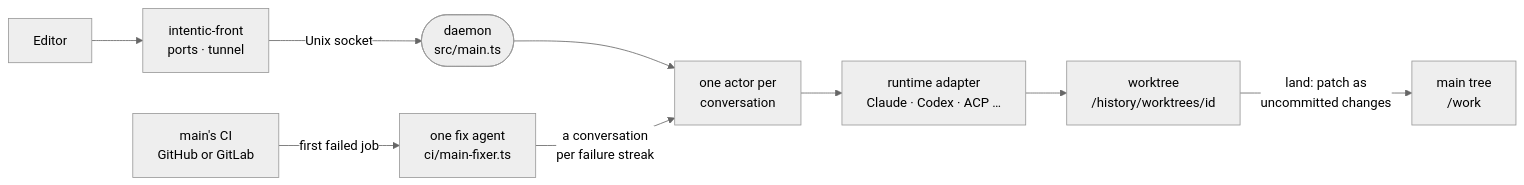
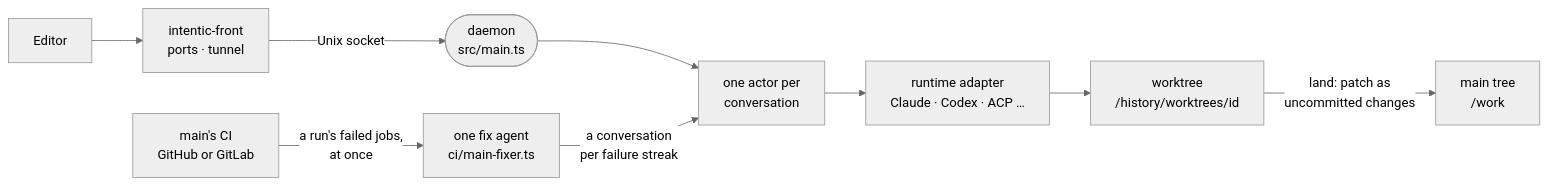
One commit to intentic/intentic changed the diagram in docs/architecture/sandbox.md. Above: the diagram before and after it, drawn with Mermaid (neutral theme). The commit also changed other lines of this file and 66 other files, not shown here.

````diff
--- a/docs/architecture/sandbox.md
+++ b/docs/architecture/sandbox.md
@@ -5,11 +5,11 @@
 ```mermaid
 flowchart LR
     editor["Editor"] --> front["intentic-front<br/>ports · tunnel"]
     front -->|"Unix socket"| daemon(["daemon<br/>src/main.ts"])
     daemon --> actor["one actor per<br/>conversation"]
     actor --> runtime["runtime adapter<br/>Claude · Codex · ACP …"]
     runtime --> wt["worktree<br/>/history/worktrees/id"]
     wt -->|"land: patch as<br/>uncommitted changes"| main["main tree<br/>/work"]
-    ci["main's CI<br/>GitHub or GitLab"] -->|"first failed job"| fixer["one fix agent<br/>ci/main-fixer.ts"]
+    ci["main's CI<br/>GitHub or GitLab"] -->|"a run's failed jobs,<br/>at once"| fixer["one fix agent<br/>ci/main-fixer.ts"]
     fixer -->|"a conversation<br/>per failure streak"| actor
 ```
````
